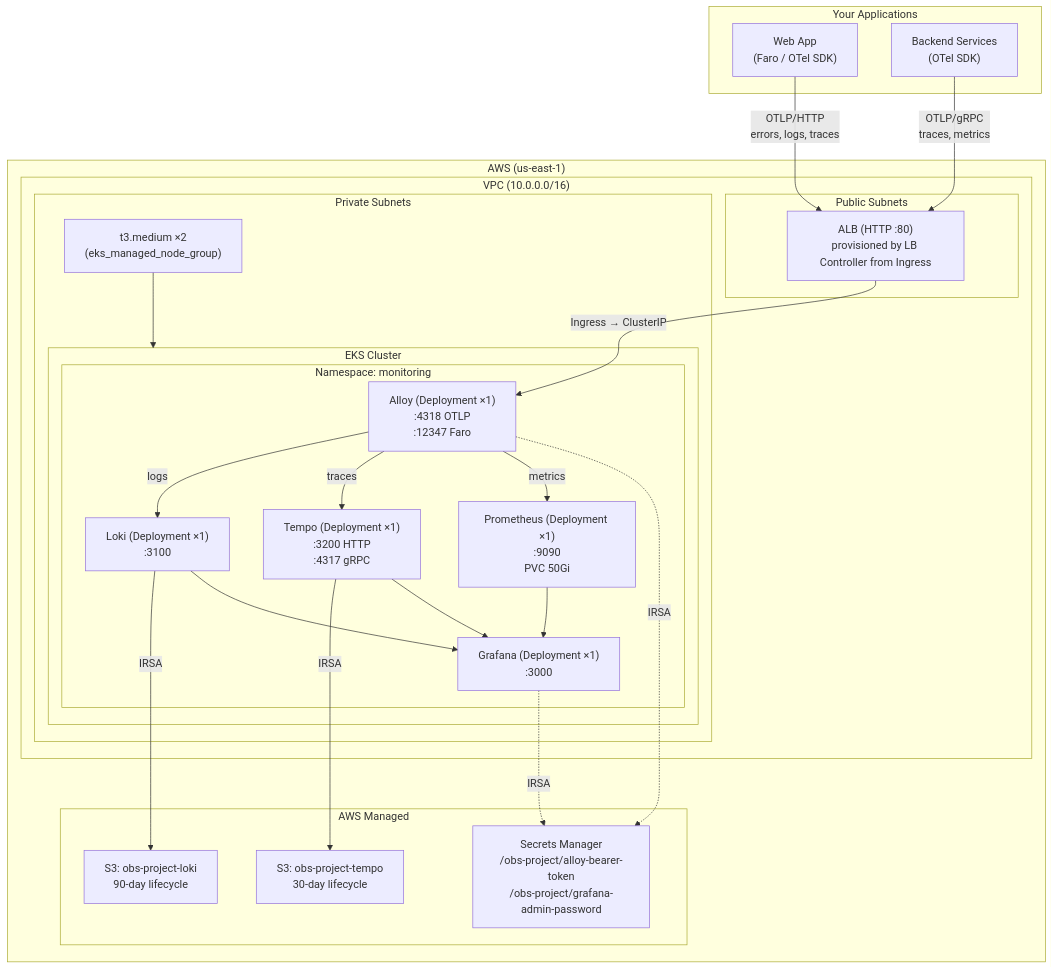
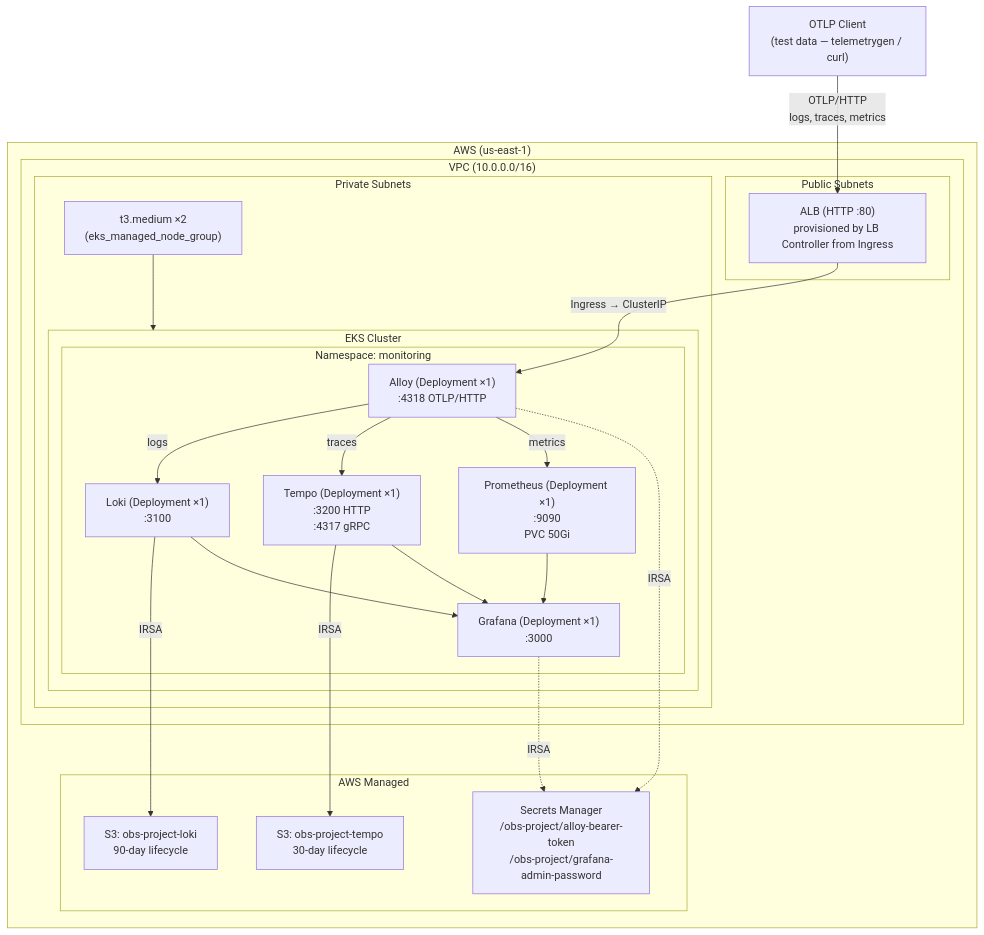
Before and after one commit to namhngo/Terraform-infra-setup: the diagram in observability/README.md, drawn with Mermaid. The commit also changed other lines of this file, not shown here.

First line of the commit message:
docs(observability): simplify to infra-only scope, generic diagram

````diff
--- a/observability/README.md
+++ b/observability/README.md
@@ -14,52 +16,48 @@
 ```mermaid
 flowchart TB
-    subgraph Apps["Your Applications"]
-        Web["Web App\n(Faro / OTel SDK)"]
-        Backend["Backend Services\n(OTel SDK)"]
-    end
+    Client["OTLP Client\n(test data — telemetrygen / curl)"]
 
     subgraph AWS["AWS (us-east-1)"]
         subgraph VPC["VPC (10.0.0.0/16)"]
             subgraph Public["Public Subnets"]
                 ALB["ALB (HTTP :80)\nprovisioned by LB Controller from Ingress"]
             end
             subgraph Private["Private Subnets"]
                 subgraph EKS["EKS Cluster"]
                     subgraph NS["Namespace: monitoring"]
-                        Alloy["Alloy (Deployment ×1)\n:4318 OTLP\n:12347 Faro"]
+                        Alloy["Alloy (Deployment ×1)\n:4318 OTLP/HTTP"]
                         Loki["Loki (Deployment ×1)\n:3100"]
                         Tempo["Tempo (Deployment ×1)\n:3200 HTTP\n:4317 gRPC"]
                         Prometheus["Prometheus (Deployment ×1)\n:9090\nPVC 50Gi"]
                         Grafana["Grafana (Deployment ×1)\n:3000"]
                     end
                 end
                 Nodes["t3.medium ×2\n(eks_managed_node_group)"]
             end
         end
 
         subgraph Storage["AWS Managed"]
             S3L["S3: obs-project-loki\n90-day lifecycle"]
             S3T["S3: obs-project-tempo\n30-day lifecycle"]
             SM["Secrets Manager\n/obs-project/alloy-bearer-token\n/obs-project/grafana-admin-password"]
         end
     end
 
-    Web -->|"OTLP/HTTP\nerrors, logs, traces"| ALB
-    Backend -->|"OTLP/gRPC\ntraces, metrics"| ALB
+    Client -->|"OTLP/HTTP\nlogs, traces, metrics"| ALB
     ALB -->|"Ingress → ClusterIP"| Alloy
 
     Alloy -->|"logs"| Loki
     Alloy -->|"traces"| Tempo
     Alloy -->|"metrics"| Prometheus
 
     Loki -->|"IRSA"| S3L
     Tempo -->|"IRSA"| S3T
     Alloy -.->|"IRSA"| SM
     Grafana -.->|"IRSA"| SM
 
     Loki --> Grafana
     Tempo --> Grafana
     Prometheus --> Grafana
 
     Nodes --> EKS
 ```
````
